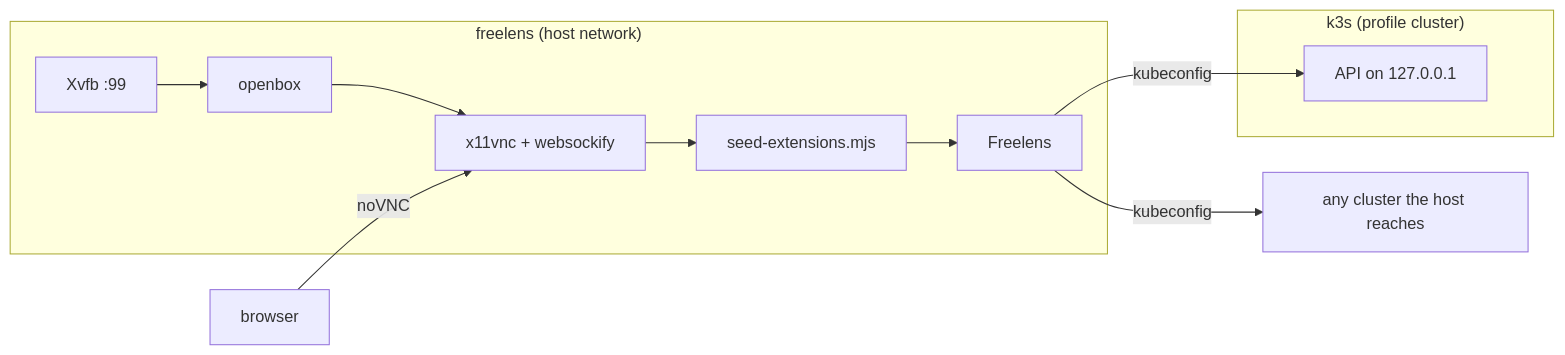
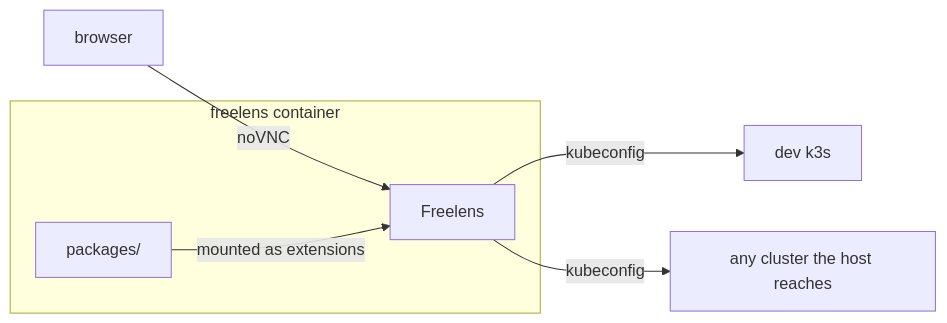
Before and after one commit to DiegoBulhoes/freelens-addons: the first of 2 diagrams in docs/architecture.md, drawn with Mermaid. The commit also changed other lines of this file and 7 other files, not shown here.

Commit message:
docs: Freelens 2, and shorter architecture and development pages

````diff
--- a/docs/architecture.md
+++ b/docs/architecture.md
@@ -23,12 +20,9 @@
 ```mermaid
 flowchart LR
-  subgraph freelens["freelens (host network)"]
-    X["Xvfb :99"] --> O["openbox"] --> V["x11vnc + websockify"] --> S["seed-extensions.mjs"] --> F["Freelens"]
+  B["browser"] -->|noVNC| F
+  subgraph C["freelens container"]
+    P["packages/"] -->|mounted as extensions| F["Freelens"]
   end
-  subgraph k3s["k3s (profile cluster)"]
-    K["API on 127.0.0.1"]
-  end
-  B["browser"] -->|noVNC| V
-  F -->|kubeconfig| K
+  F -->|kubeconfig| K["dev k3s"]
   F -->|kubeconfig| R["any cluster the host reaches"]
 ```
````
